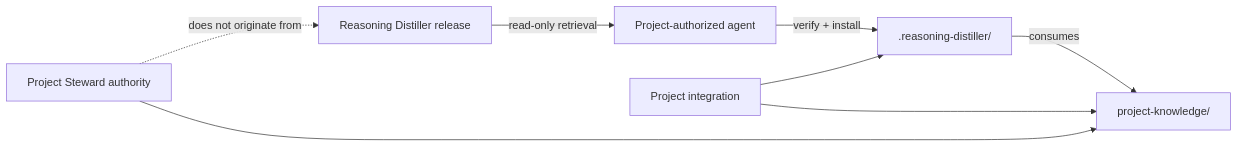
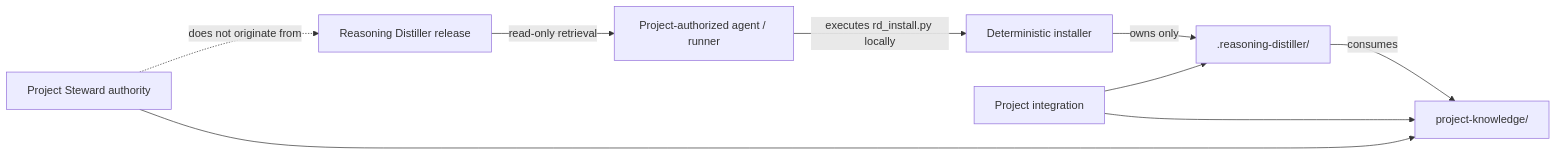
Before and after one commit to loteque/reasoning-distiller: the first of 2 diagrams in docs/proposals/install-package/FINAL_PLAN.md, drawn with Mermaid. The commit also changed other lines of this file, not shown here.

Commit message:
proposal: specify deterministic Python installer runner

````diff
--- a/docs/proposals/install-package/FINAL_PLAN.md
+++ b/docs/proposals/install-package/FINAL_PLAN.md
@@ -29,11 +32,12 @@
 ```mermaid
 flowchart LR
-    RD[Reasoning Distiller release] -->|read-only retrieval| A[Project-authorized agent]
-    A -->|verify + install| L[.reasoning-distiller/]
+    RD[Reasoning Distiller release] -->|read-only retrieval| A[Project-authorized agent / runner]
+    A -->|executes rd_install.py locally| I[Deterministic installer]
+    I -->|owns only| L[.reasoning-distiller/]
     L -->|consumes| PK[project-knowledge/]
     PI[Project integration] --> L
     PI --> PK
 
     S[Project Steward authority] --> PK
     S -. does not originate from .-> RD
 ```
````
